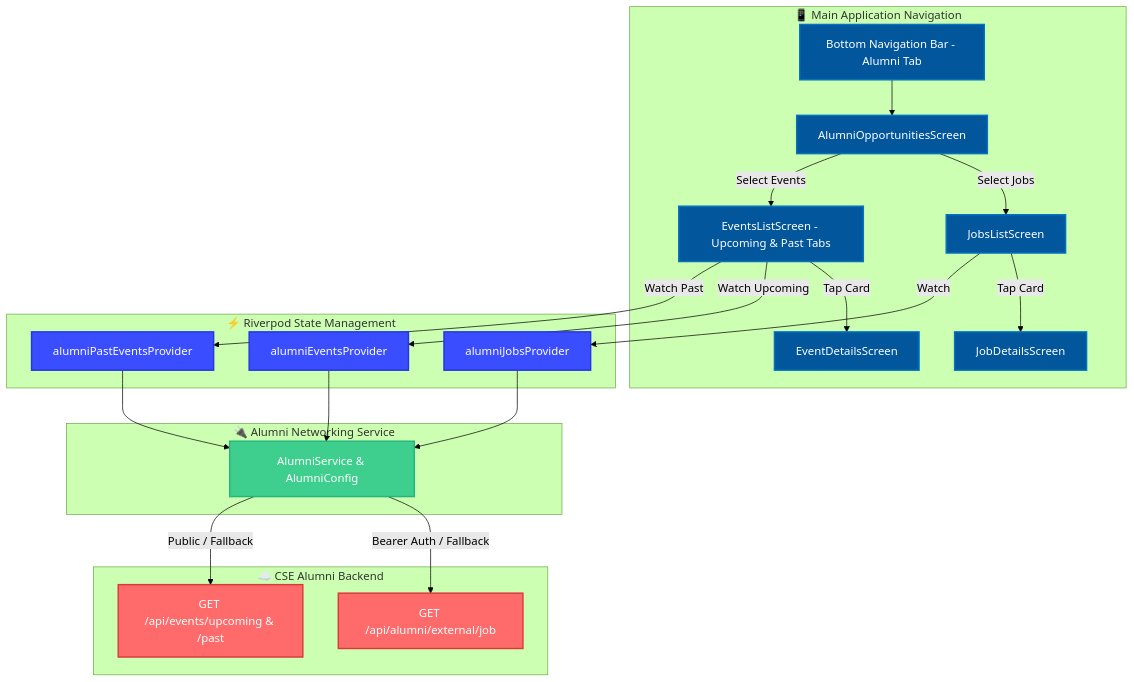
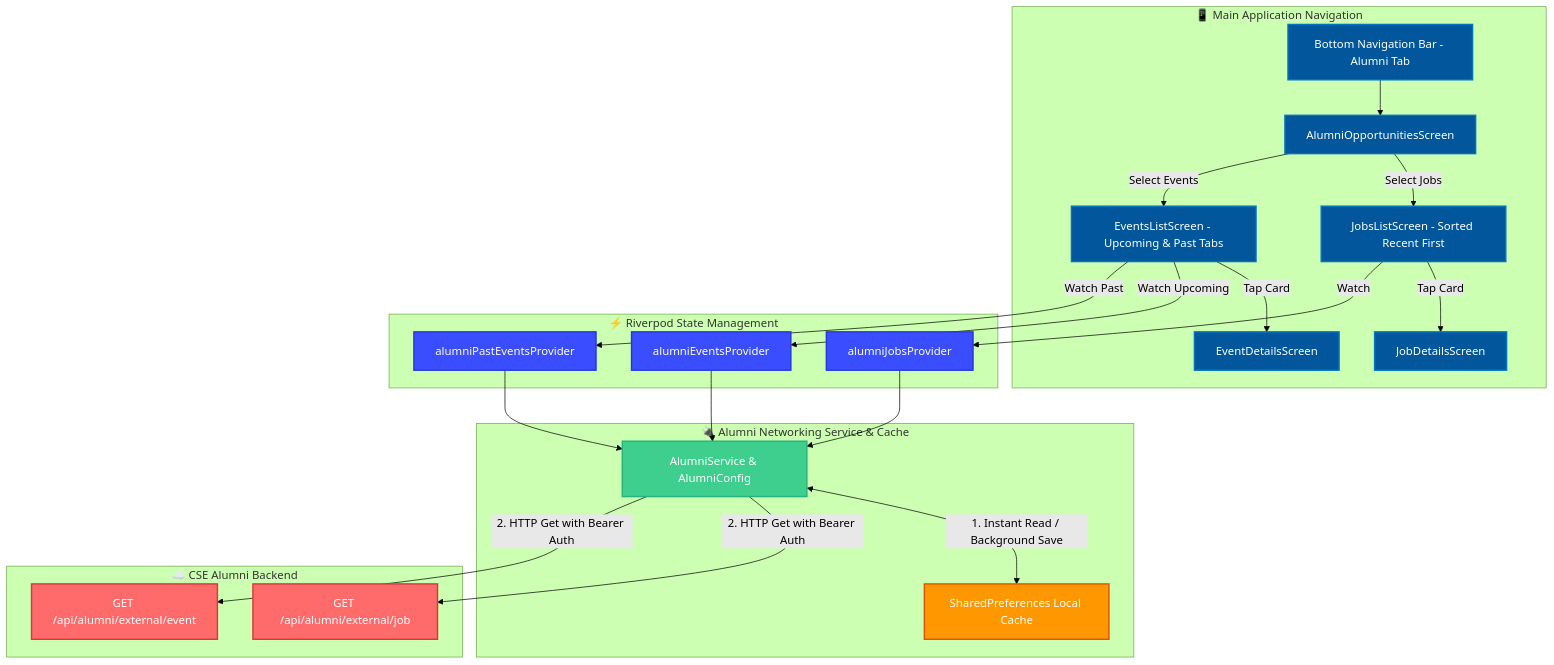
One commit to Swayanshuu/LinkPeer changed the diagram in app docs/alumni_opportunities.md. Above: the diagram before and after it, drawn with Mermaid (forest theme). The commit also changed other lines of this file and 16 other files, not shown here.

````diff
--- a/app docs/alumni_opportunities.md
+++ b/app docs/alumni_opportunities.md
@@ -19,48 +29,51 @@
 ```mermaid
 graph TD
     classDef ui fill:#02569B,stroke:#0175C2,stroke-width:2px,color:#fff;
     classDef riverpod fill:#3B4EFF,stroke:#2436E0,stroke-width:2px,color:#fff;
     classDef service fill:#3ECF8E,stroke:#24B47E,stroke-width:2px,color:#fff;
+    classDef cache fill:#FF9800,stroke:#E65100,stroke-width:2px,color:#fff;
     classDef backend fill:#FF6B6B,stroke:#D93838,stroke-width:2px,color:#fff;
 
     subgraph Navigation [📱 Main Application Navigation]
         NavBar[Bottom Navigation Bar - Alumni Tab]:::ui
         Landing[AlumniOpportunitiesScreen]:::ui
-        JobsList[JobsListScreen]:::ui
+        JobsList[JobsListScreen - Sorted Recent First]:::ui
         EventsList[EventsListScreen - Upcoming & Past Tabs]:::ui
         JobDetails[JobDetailsScreen]:::ui
         EventDetails[EventDetailsScreen]:::ui
     end
 
     subgraph StateLayer [⚡ Riverpod State Management]
         JobsProvider[alumniJobsProvider]:::riverpod
         UpcomingEventsProvider[alumniEventsProvider]:::riverpod
         PastEventsProvider[alumniPastEventsProvider]:::riverpod
     end
 
-    subgraph ServiceLayer [🔌 Alumni Networking Service]
+    subgraph ServiceLayer [🔌 Alumni Networking Service & Cache]
         AlumniService[AlumniService & AlumniConfig]:::service
+        LocalCache[SharedPreferences Local Cache]:::cache
     end
 
     subgraph BackendAPI [☁️ CSE Alumni Backend]
         RenderJobAPI[GET /api/alumni/external/job]:::backend
-        RenderEventsAPI[GET /api/events/upcoming & /past]:::backend
+        RenderEventsAPI[GET /api/alumni/external/event]:::backend
     end
 
     NavBar --> Landing
     Landing -->|Select Jobs| JobsList
     Landing -->|Select Events| EventsList
     JobsList -->|Tap Card| JobDetails
     EventsList -->|Tap Card| EventDetails
 
     JobsList -->|Watch| JobsProvider
     EventsList -->|Watch Upcoming| UpcomingEventsProvider
     EventsList -->|Watch Past| PastEventsProvider
 
     JobsProvider --> AlumniService
     UpcomingEventsProvider --> AlumniService
     PastEventsProvider --> AlumniService
 
-    AlumniService -->|Bearer Auth / Fallback| RenderJobAPI
-    AlumniService -->|Public / Fallback| RenderEventsAPI
+    AlumniService <-->|1. Instant Read / Background Save| LocalCache
+    AlumniService -->|2. HTTP Get with Bearer Auth| RenderJobAPI
+    AlumniService -->|2. HTTP Get with Bearer Auth| RenderEventsAPI
 ```
````
